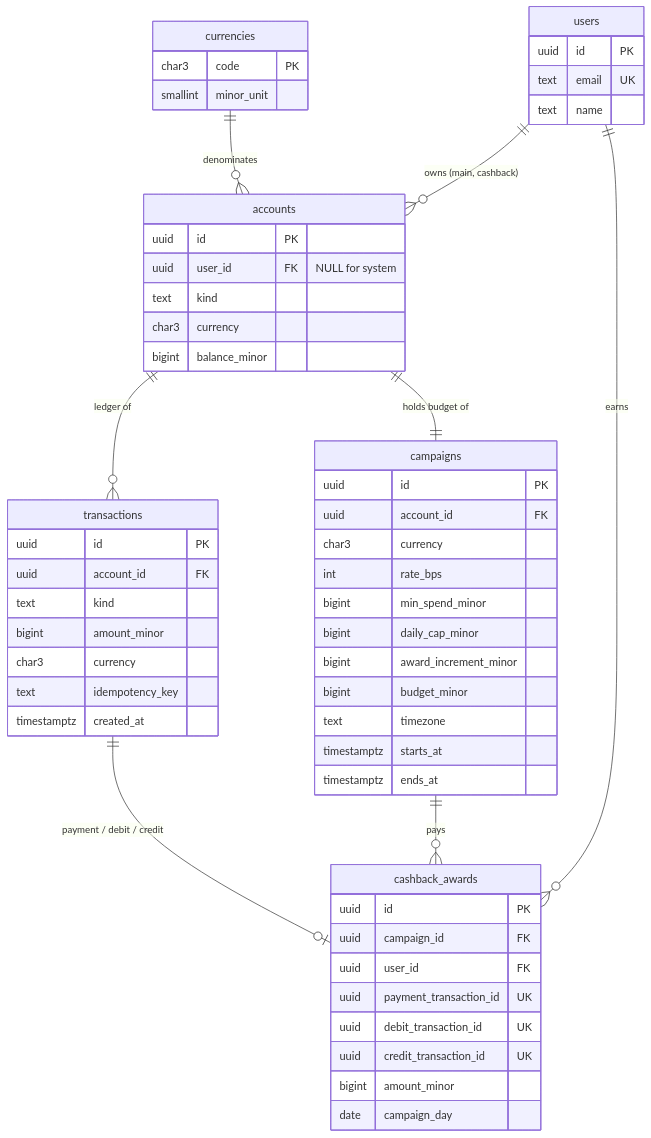
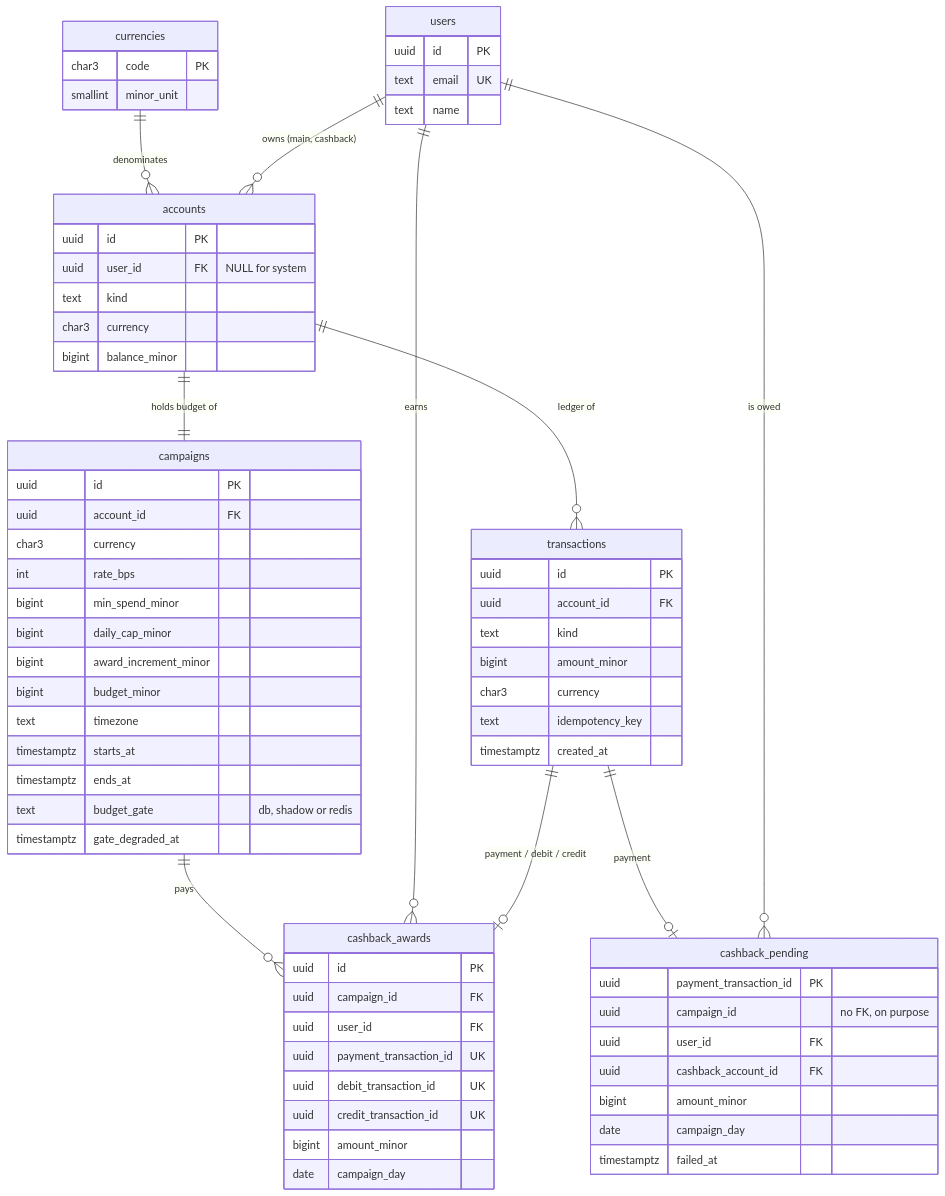
One commit to weiguang747/cashback changed the first of 3 diagrams in README.md. Above: the diagram before and after it, drawn with Mermaid. The commit also changed other lines of this file and 1 other file, not shown here.

First line of the commit message:
Document the Redis budget gate; rename "Not built yet" to "Out of scope"

````diff
--- a/README.md
+++ b/README.md
@@ -202,59 +210,72 @@
 ```mermaid
 erDiagram
     currencies ||--o{ accounts : "denominates"
     users ||--o{ accounts : "owns (main, cashback)"
     accounts ||--o{ transactions : "ledger of"
     accounts ||--|| campaigns : "holds budget of"
     campaigns ||--o{ cashback_awards : "pays"
     users ||--o{ cashback_awards : "earns"
     transactions ||--o| cashback_awards : "payment / debit / credit"
+    transactions ||--o| cashback_pending : "payment"
+    users ||--o{ cashback_pending : "is owed"
 
     currencies {
         char3 code PK
         smallint minor_unit
     }
     users {
         uuid id PK
         text email UK
         text name
     }
     accounts {
         uuid id PK
         uuid user_id FK "NULL for system"
         text kind
         char3 currency
         bigint balance_minor
     }
     transactions {
         uuid id PK
         uuid account_id FK
         text kind
         bigint amount_minor
         char3 currency
         text idempotency_key
         timestamptz created_at
     }
     campaigns {
         uuid id PK
         uuid account_id FK
         char3 currency
         int rate_bps
         bigint min_spend_minor
         bigint daily_cap_minor
         bigint award_increment_minor
         bigint budget_minor
         text timezone
         timestamptz starts_at
         timestamptz ends_at
+        text budget_gate "db, shadow or redis"
+        timestamptz gate_degraded_at
+    }
+    cashback_pending {
+        uuid payment_transaction_id PK
+        uuid campaign_id "no FK, on purpose"
+        uuid user_id FK
+        uuid cashback_account_id FK
+        bigint amount_minor
+        date campaign_day
+        timestamptz failed_at
     }
     cashback_awards {
         uuid id PK
         uuid campaign_id FK
         uuid user_id FK
         uuid payment_transaction_id UK
         uuid debit_transaction_id UK
         uuid credit_transaction_id UK
         bigint amount_minor
         date campaign_day
     }
 ```
````
